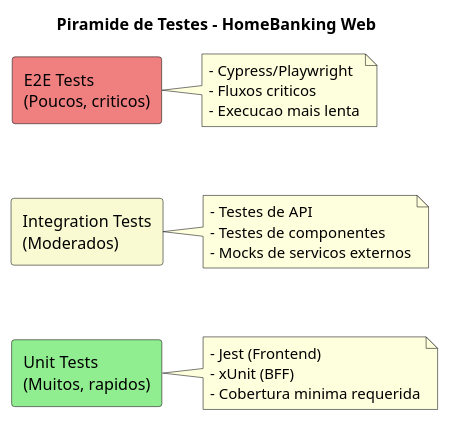
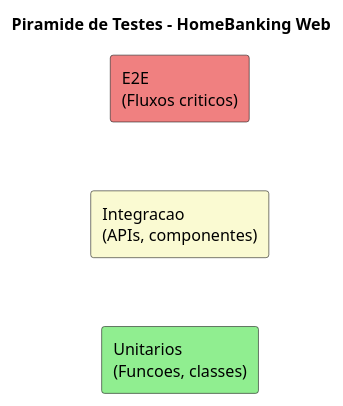
One commit to beduardo/novobanco_website_doc changed the first of 2 diagrams in current/sections/SEC-13-estrategia-testes.md. Above: the diagram before and after it, drawn with PlantUML. The commit also changed other lines of this file and 7 other files, not shown here.

````diff
--- a/current/sections/SEC-13-estrategia-testes.md
+++ b/current/sections/SEC-13-estrategia-testes.md
@@ -37,33 +30,15 @@
 ```plantuml
 @startuml
 skinparam backgroundColor white
 
 title Piramide de Testes - HomeBanking Web
 
-rectangle "E2E Tests\n(Poucos, criticos)" as E2E #LightCoral
-rectangle "Integration Tests\n(Moderados)" as INT #LightGoldenRodYellow
-rectangle "Unit Tests\n(Muitos, rapidos)" as UNIT #LightGreen
+rectangle "E2E\n(Fluxos criticos)" as E2E #LightCoral
+rectangle "Integracao\n(APIs, componentes)" as INT #LightGoldenRodYellow
+rectangle "Unitarios\n(Funcoes, classes)" as UNIT #LightGreen
 
 E2E -[hidden]down- INT
 INT -[hidden]down- UNIT
 
-note right of E2E
-  - Cypress/Playwright
-  - Fluxos criticos
-  - Execucao mais lenta
-end note
-
-note right of INT
-  - Testes de API
-  - Testes de componentes
-  - Mocks de servicos externos
-end note
-
-note right of UNIT
-  - Jest (Frontend)
-  - xUnit (BFF)
-  - Cobertura minima requerida
-end note
-
 @enduml
 ```
````
